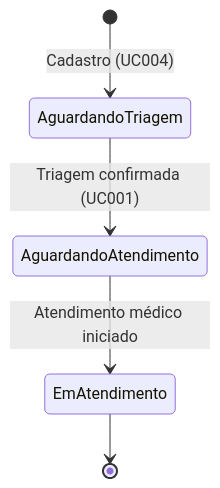
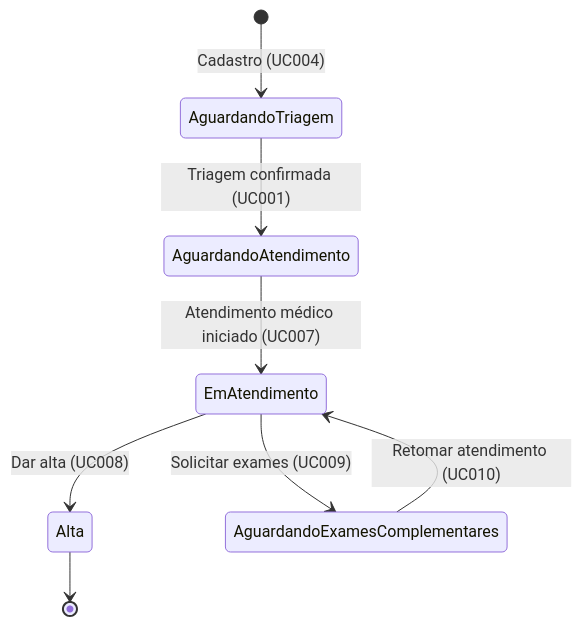
One commit to Nesomar/projeto-hospitalar changed the second of 2 diagrams in docs/03-casos-uso.md. Above: the diagram before and after it, drawn with Mermaid. The commit also changed other lines of this file and 14 other files, not shown here.

````diff
--- a/docs/03-casos-uso.md
+++ b/docs/03-casos-uso.md
@@ -89,7 +117,10 @@
 ```mermaid
 stateDiagram-v2
     [*] --> AguardandoTriagem: Cadastro (UC004)
     AguardandoTriagem --> AguardandoAtendimento: Triagem confirmada (UC001)
-    AguardandoAtendimento --> EmAtendimento: Atendimento médico iniciado
-    EmAtendimento --> [*]
+    AguardandoAtendimento --> EmAtendimento: Atendimento médico iniciado (UC007)
+    EmAtendimento --> Alta: Dar alta (UC008)
+    EmAtendimento --> AguardandoExamesComplementares: Solicitar exames (UC009)
+    AguardandoExamesComplementares --> EmAtendimento: Retomar atendimento (UC010)
+    Alta --> [*]
 ```
````
